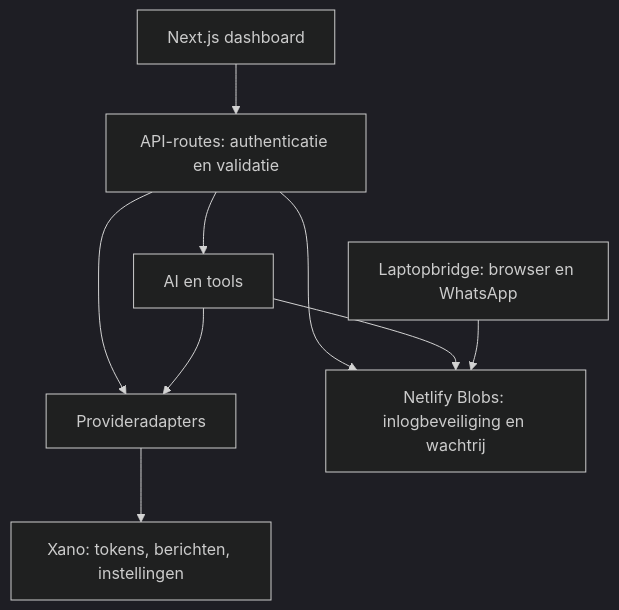
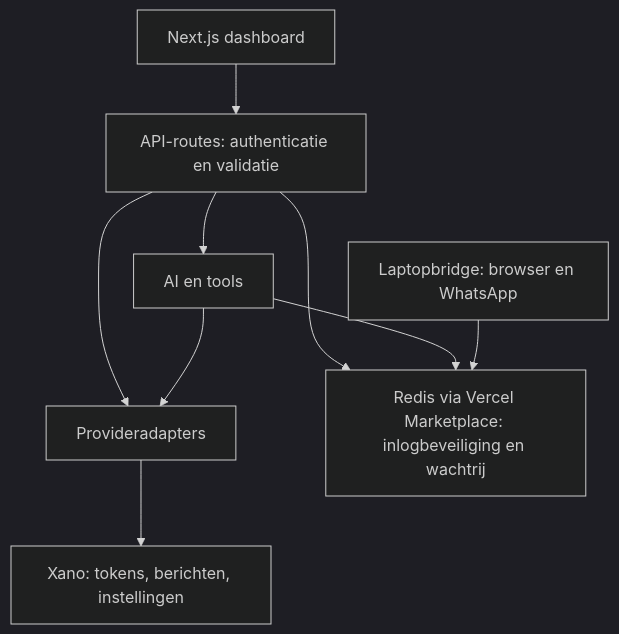
The diagram in docs/ARCHITECTURE.md (gijselhart1990-ai/BOB-assistent-), drawn with Mermaid (dark theme) before and after one commit. The commit also changed other lines of this file and 19 other files, not shown here.

Commit message:
Vervang Netlify-opslag door Redis via Vercel

````diff
--- a/docs/ARCHITECTURE.md
+++ b/docs/ARCHITECTURE.md
@@ -5,11 +5,11 @@
 ```mermaid
 flowchart TD
   UI[Next.js dashboard] --> API[API-routes: authenticatie en validatie]
   API --> AI[AI en tools]
   API --> CONNECT[Provideradapters]
   AI --> CONNECT
   CONNECT --> XANO[Xano: tokens, berichten, instellingen]
-  API --> BLOBS[Netlify Blobs: inlogbeveiliging en wachtrij]
+  API --> BLOBS[Redis via Vercel Marketplace: inlogbeveiliging en wachtrij]
   AI --> BLOBS
   LAPTOP[Laptopbridge: browser en WhatsApp] --> BLOBS
 ```
````
